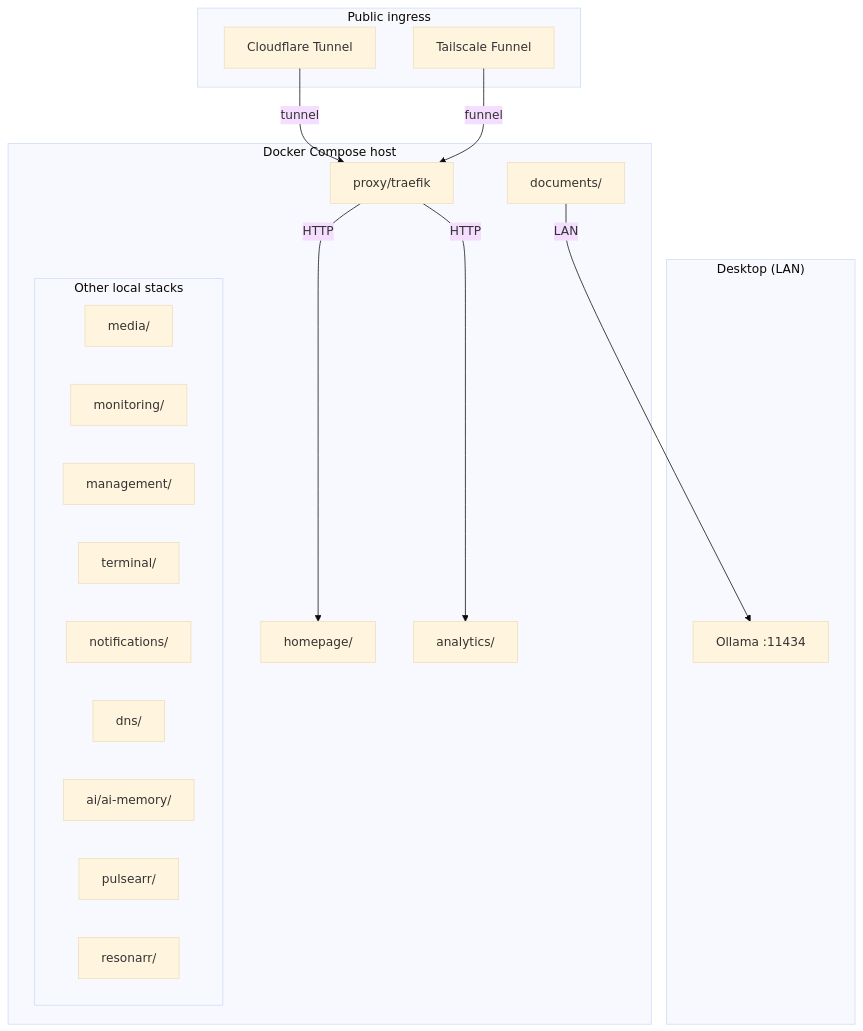
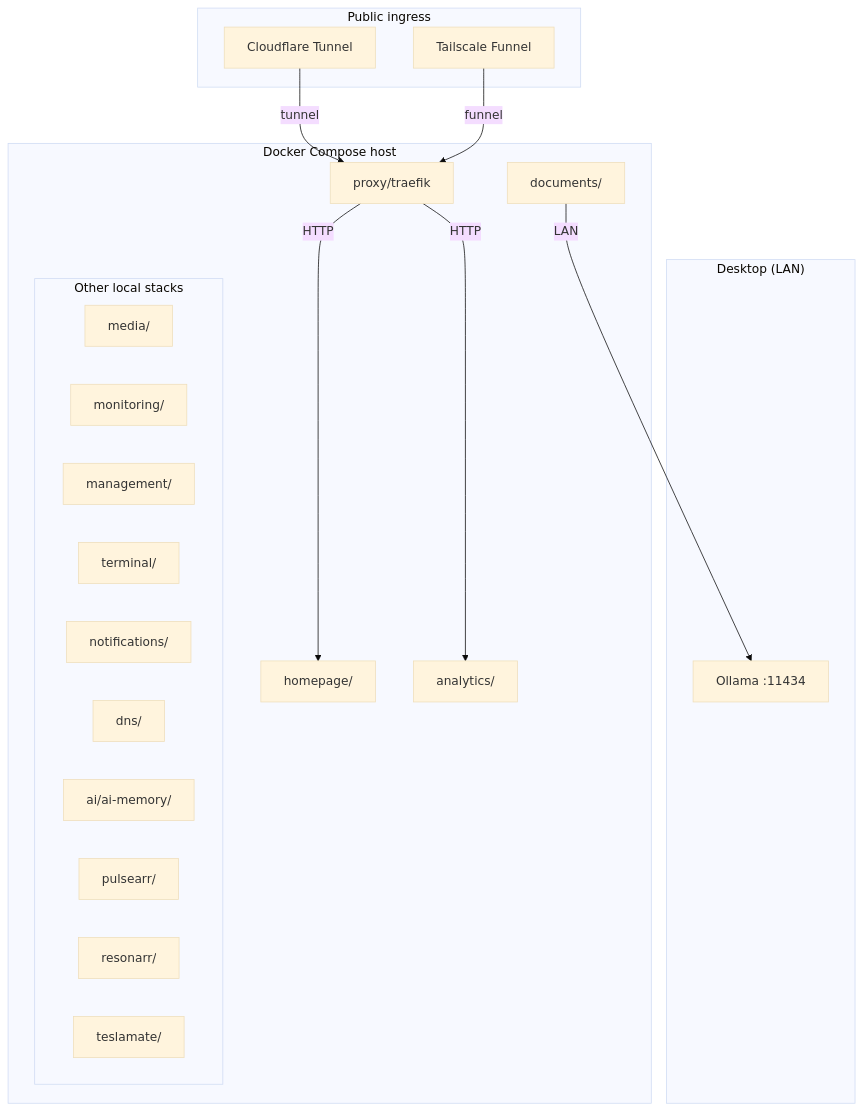
The diagram in README.md (lexcode/homelab), drawn with Mermaid (base theme) before and after one commit. The commit also changed other lines of this file and 35 other files, not shown here.

````diff
--- a/README.md
+++ b/README.md
@@ -5,37 +5,38 @@
 ```mermaid
 flowchart TB
     subgraph ingress["Public ingress"]
         cf["Cloudflare Tunnel"]
         ts["Tailscale Funnel"]
     end
 
     subgraph docker["Docker Compose host"]
         traefik["proxy/traefik"]
         homepage["homepage/"]
         analytics["analytics/"]
         documents["documents/"]
 
         subgraph local["Other local stacks"]
             direction LR
             media["media/"]
             monitoring["monitoring/"]
             management["management/"]
             terminal["terminal/"]
             notifications["notifications/"]
             dns["dns/"]
             aimemory["ai/ai-memory/"]
             pulsearr["pulsearr/"]
             resonarr["resonarr/"]
+            teslamate["teslamate/"]
         end
     end
 
     subgraph desktop["Desktop (LAN)"]
         ollama["Ollama :11434"]
     end
 
     cf -- tunnel --> traefik
     ts -- funnel --> traefik
     traefik -- HTTP --> homepage
     traefik -- HTTP --> analytics
     documents -- LAN --> ollama
 ```
````
